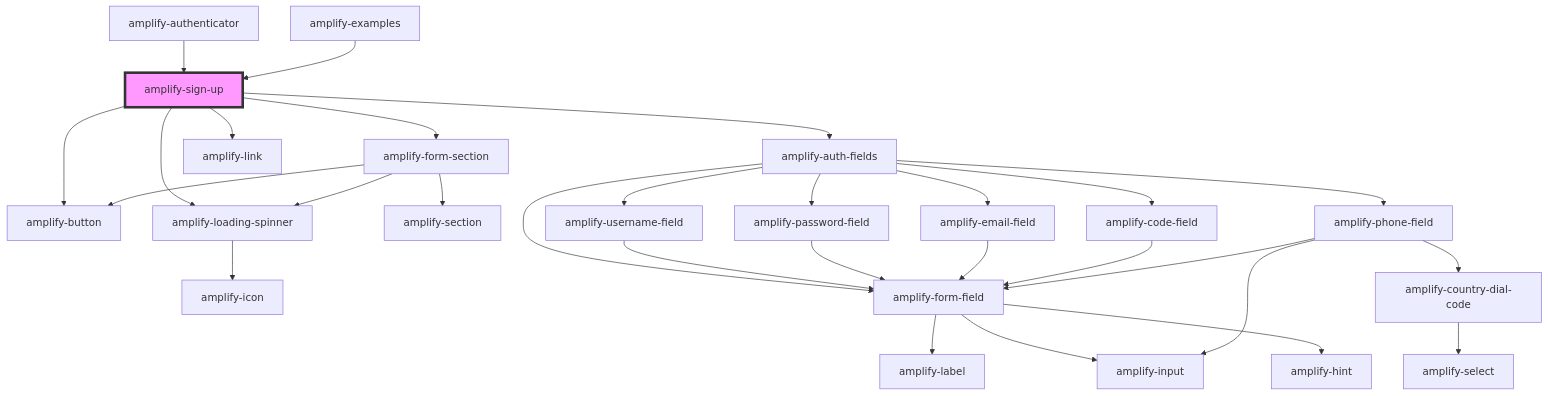
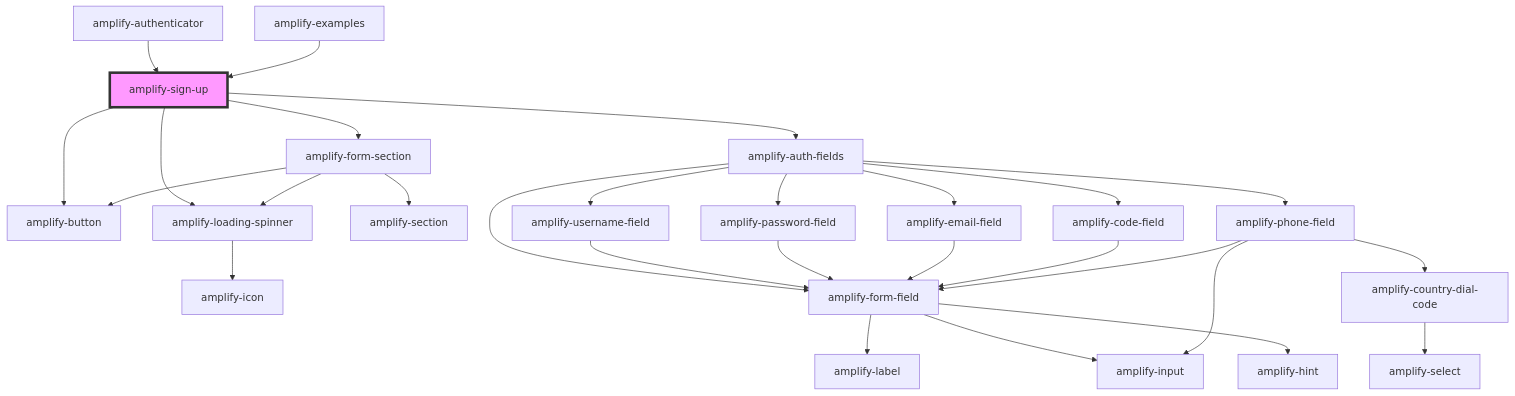
Before and after one commit to OneDev0411/amplify-js: the diagram in packages/amplify-ui-components/src/components/amplify-sign-up/readme.md, drawn with Mermaid. The commit also changed other lines of this file and 27 other files, not shown here.

````diff
--- a/packages/amplify-ui-components/src/components/amplify-sign-up/readme.md
+++ b/packages/amplify-ui-components/src/components/amplify-sign-up/readme.md
@@ -37,32 +36,31 @@
 ```mermaid
 graph TD;
   amplify-sign-up --> amplify-form-section
   amplify-sign-up --> amplify-auth-fields
-  amplify-sign-up --> amplify-link
   amplify-sign-up --> amplify-button
   amplify-sign-up --> amplify-loading-spinner
   amplify-form-section --> amplify-section
   amplify-form-section --> amplify-button
   amplify-form-section --> amplify-loading-spinner
   amplify-loading-spinner --> amplify-icon
   amplify-auth-fields --> amplify-username-field
   amplify-auth-fields --> amplify-password-field
   amplify-auth-fields --> amplify-email-field
   amplify-auth-fields --> amplify-code-field
   amplify-auth-fields --> amplify-phone-field
   amplify-auth-fields --> amplify-form-field
   amplify-username-field --> amplify-form-field
   amplify-form-field --> amplify-label
   amplify-form-field --> amplify-input
   amplify-form-field --> amplify-hint
   amplify-password-field --> amplify-form-field
   amplify-email-field --> amplify-form-field
   amplify-code-field --> amplify-form-field
   amplify-phone-field --> amplify-form-field
   amplify-phone-field --> amplify-country-dial-code
   amplify-phone-field --> amplify-input
   amplify-country-dial-code --> amplify-select
   amplify-authenticator --> amplify-sign-up
   amplify-examples --> amplify-sign-up
   style amplify-sign-up fill:#f9f,stroke:#333,stroke-width:4px
 ```
````
